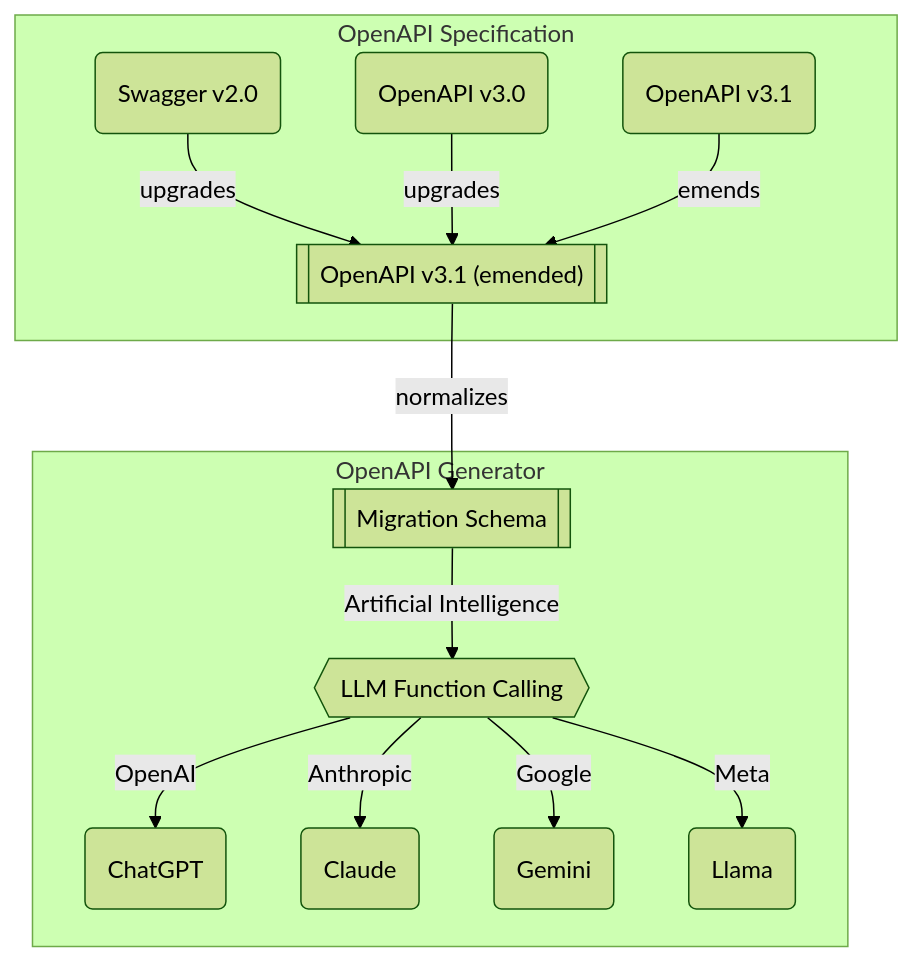
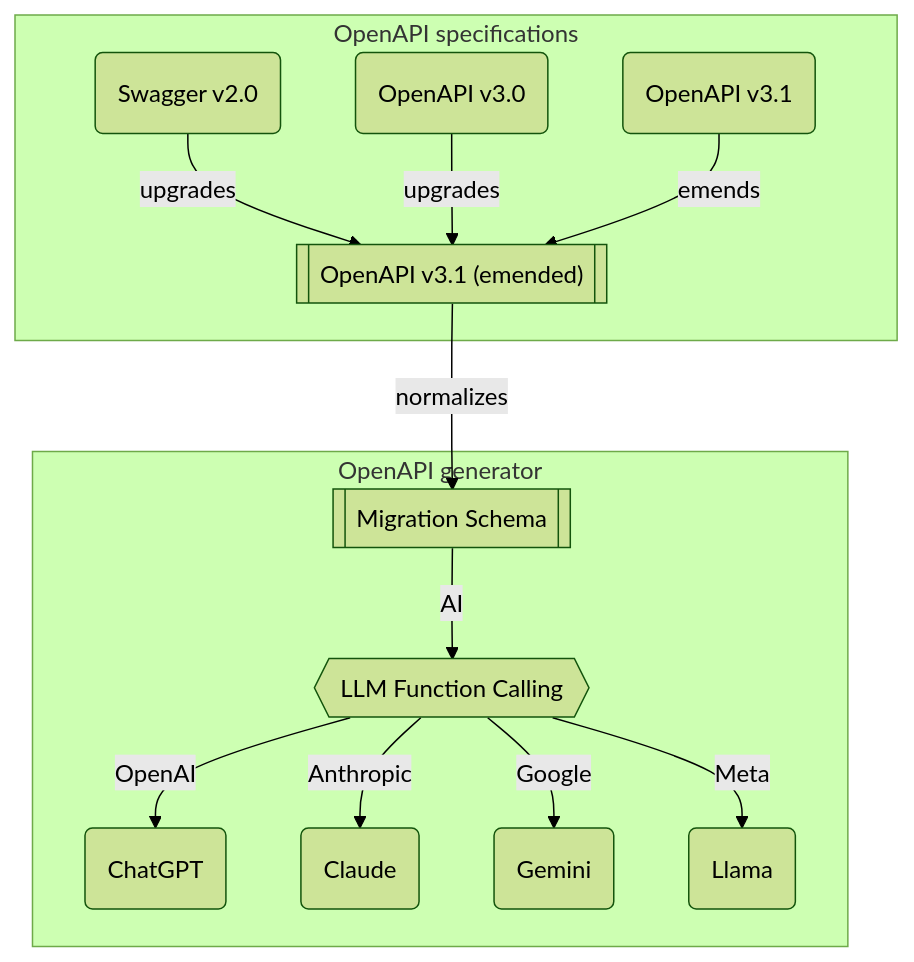
Before and after one commit to samchon/typia: the second of 2 diagrams in website/src/content/docs/llm/chat.mdx, drawn with Mermaid (forest theme). The commit also changed other lines of this file and 42 other files, not shown here.

````diff
--- a/website/src/content/docs/llm/chat.mdx
+++ b/website/src/content/docs/llm/chat.mdx
@@ -253,16 +253,16 @@
 ```mermaid
 flowchart
-  subgraph "OpenAPI Specification"
+  subgraph "OpenAPI specifications"
     v20("Swagger v2.0") --upgrades--> emended[["OpenAPI v3.1 (emended)"]]
     v30("OpenAPI v3.0") --upgrades--> emended
     v31("OpenAPI v3.1") --emends--> emended
   end
-  subgraph "OpenAPI Generator"
+  subgraph "OpenAPI generator"
     emended --normalizes--> migration[["Migration Schema"]]
-    migration --"Artificial Intelligence"--> lfc{{"LLM Function Calling"}}
+    migration --"AI"--> lfc{{"LLM Function Calling"}}
     lfc --"OpenAI"--> chatgpt("ChatGPT")
     lfc --"Anthropic"--> claude("Claude")
     lfc --"Google"--> gemini("Gemini")
     lfc --"Meta"--> llama("Llama")
   end
 ```
````
